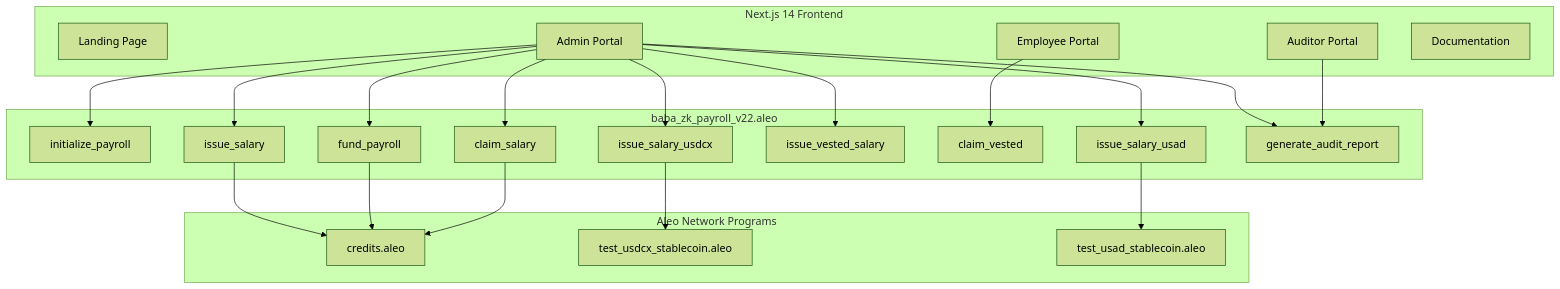
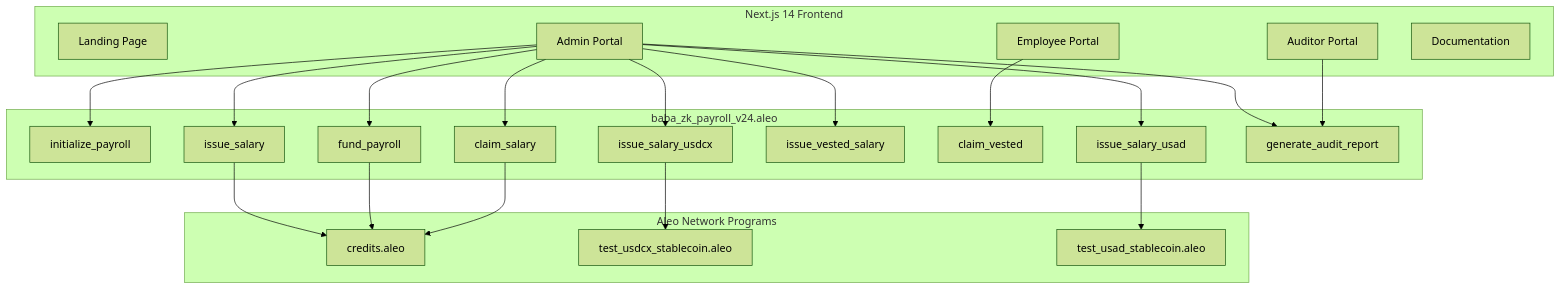
One commit to PhanTom497/zk_payroll changed the first of 6 diagrams in README.md. Above: the diagram before and after it, drawn with Mermaid (forest theme). The commit also changed other lines of this file and 24 other files, not shown here.

````diff
--- a/README.md
+++ b/README.md
@@ -85,45 +85,45 @@
 ```mermaid
 graph TB
     subgraph Frontend["Next.js 14 Frontend"]
         HP["Landing Page"]
         AP["Admin Portal"]
         EP["Employee Portal"]
         AU["Auditor Portal"]
         DOC["Documentation"]
     end
 
-    subgraph SmartContract["baba_zk_payroll_v22.aleo"]
+    subgraph SmartContract["baba_zk_payroll_v24.aleo"]
         INIT["initialize_payroll"]
         FUND["fund_payroll"]
         IS["issue_salary"]
         ISU["issue_salary_usdcx"]
         ISA["issue_salary_usad"]
         IVS["issue_vested_salary"]
         CV["claim_vested"]
         CS["claim_salary"]
         GAR["generate_audit_report"]
     end
 
     subgraph External["Aleo Network Programs"]
         CR["credits.aleo"]
         UX["test_usdcx_stablecoin.aleo"]
         UA["test_usad_stablecoin.aleo"]
     end
 
     AP --> INIT
     AP --> FUND
     AP --> IS
     AP --> ISU
     AP --> ISA
     AP --> IVS
     AP --> GAR
     AP --> CS
     EP --> CV
     AU --> GAR
 
     IS --> CR
     ISU --> UX
     ISA --> UA
     FUND --> CR
     CS --> CR
 ```
````
